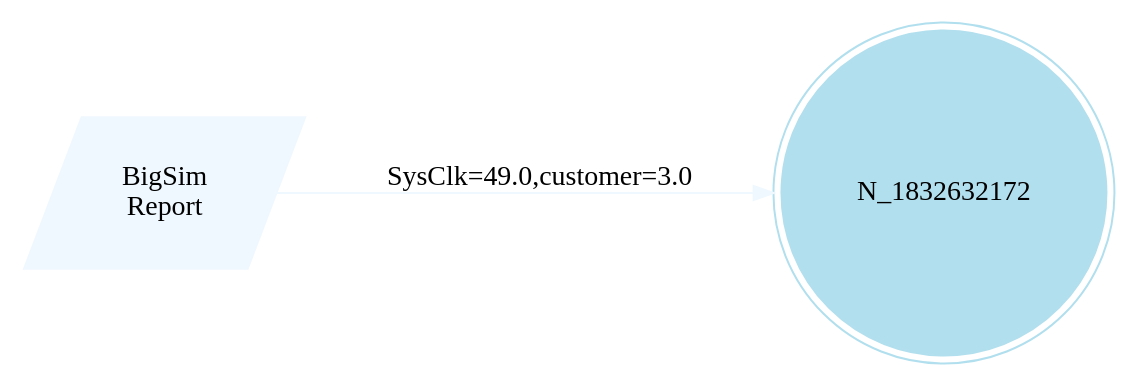
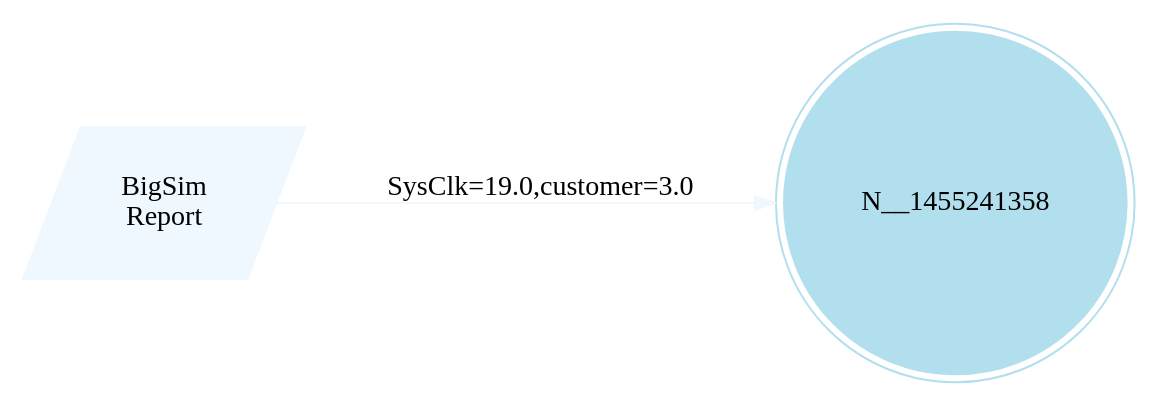
The diagram in Examples/MobileCloud/results/checker.dot (PKUVicky/BigSim), drawn with Graphviz before and after one commit. The commit also changed 4 other files, not shown here.

```diff
--- a/Examples/MobileCloud/results/checker.dot
+++ b/Examples/MobileCloud/results/checker.dot
@@ -1,10 +1,10 @@
 digraph reaction_graph {
    rankdir=LR;
    Node [shape = circle];
    BigSim_Report [shape = parallelogram color = aliceblue style=filled label="BigSim
 Report"];
-BigSim_Report -> N_1832632172[color = aliceblue label = "SysClk=49.0,customer=3.0"];
- N_1832632172
+BigSim_Report -> N__1455241358[color = aliceblue label = "SysClk=19.0,customer=3.0"];
+ N__1455241358
  [shape=circle, color=lightblue2, style=filled];
-N_1832632172[ shape = doublecircle, color=lightblue2, style=filled, label="N_1832632172"];
+N__1455241358[ shape = doublecircle, color=lightblue2, style=filled, label="N__1455241358"];
 }
```
